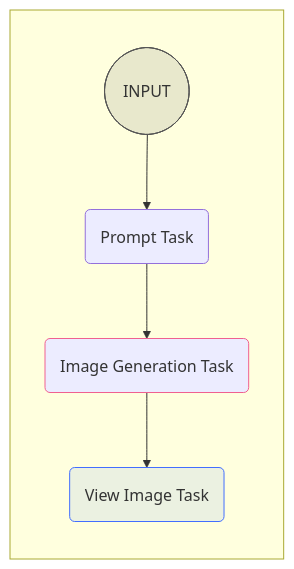
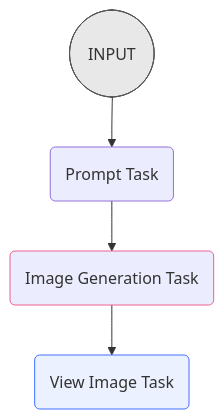
The diagram in docs/courses/create-image-pipeline/index.md (griptape-ai/griptape-trade-school), drawn with Mermaid before and after one commit. The commit also changed other lines of this file and 3 other files, not shown here.

````diff
--- a/docs/courses/create-image-pipeline/index.md
+++ b/docs/courses/create-image-pipeline/index.md
@@ -19,18 +14,16 @@
 ``` mermaid
 graph TB
-    subgraph " "
-        direction TB
-        AA(["\n INPUT \n\n"]):::output
-        B("Prompt Task")
-        C("Image Generation Task"):::tool
-        I("View Image Task"):::main
-        AA --> B --> C --> I
-    end
+    direction TB
+    AA(["\n INPUT \n\n"]):::output
+    B("Prompt Task")
+    C("Image Generation Task"):::tool
+    I("View Image Task"):::main
+    AA --> B --> C --> I
 
     classDef main fill:#4274ff1a, stroke:#426eff
     classDef dash stroke-dasharray: 5 5
     classDef tool stroke:#f06090
     classDef tool-dash stroke:#f06090,stroke-dasharray: 5 5
     classDef output fill:#5552,stroke:#555
 
 ```
````
